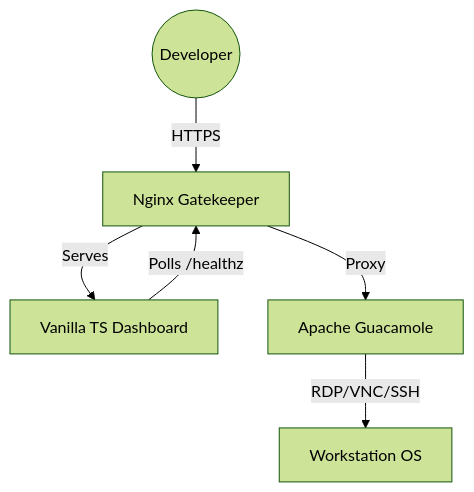
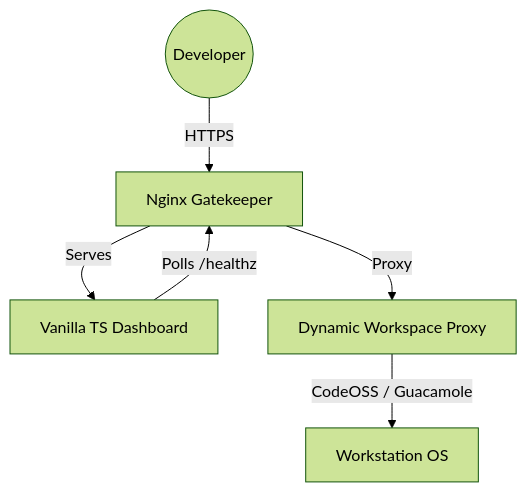
The diagram in apps/workstations/preflight/docs/design.md (GoogleCloudPlatform/cicd-foundation), drawn with Mermaid (forest theme) before and after one commit. The commit also changed 197 other files, not shown here.

````diff
--- a/apps/workstations/preflight/docs/design.md
+++ b/apps/workstations/preflight/docs/design.md
@@ -33,8 +33,8 @@
 ```mermaid
 graph TD
     User((Developer)) -->|HTTPS| Nginx[Nginx Gatekeeper]
     Nginx -->|Serves| SPA[Vanilla TS Dashboard]
     SPA -->|Polls /healthz| Nginx
-    Nginx -->|Proxy| Guac[Apache Guacamole]
-    Guac -->|RDP/VNC/SSH| Backend[Workstation OS]
+    Nginx -->|Proxy| Backend[Dynamic Workspace Proxy]
+    Backend -->|CodeOSS / Guacamole| Workstation[Workstation OS]
 ```
````
